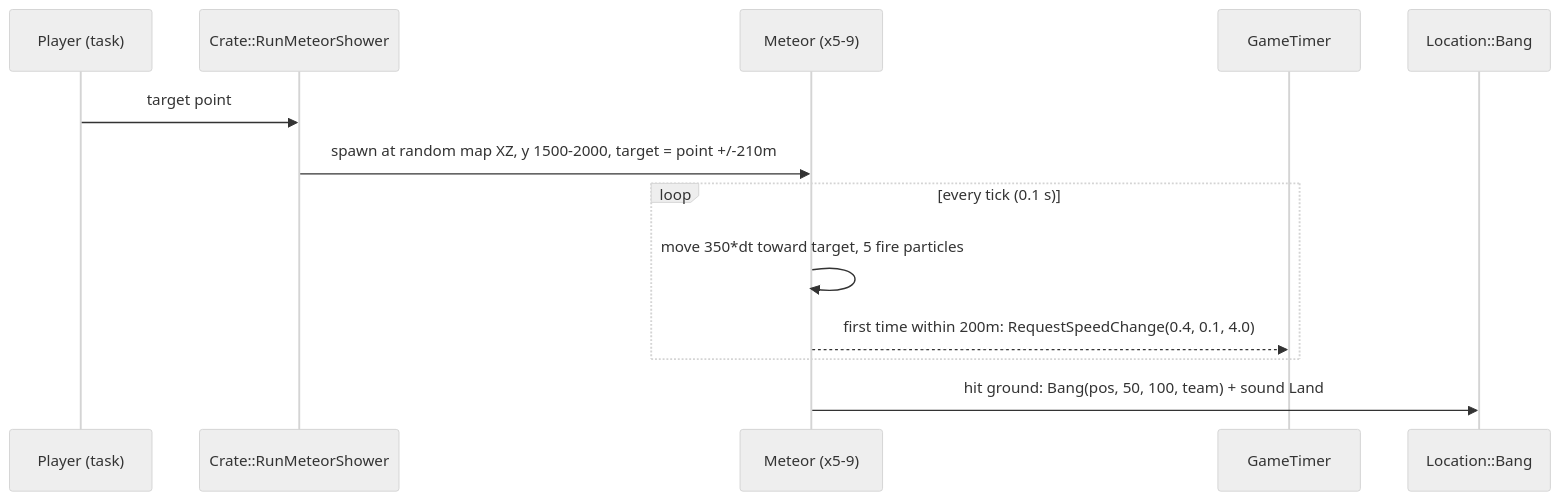
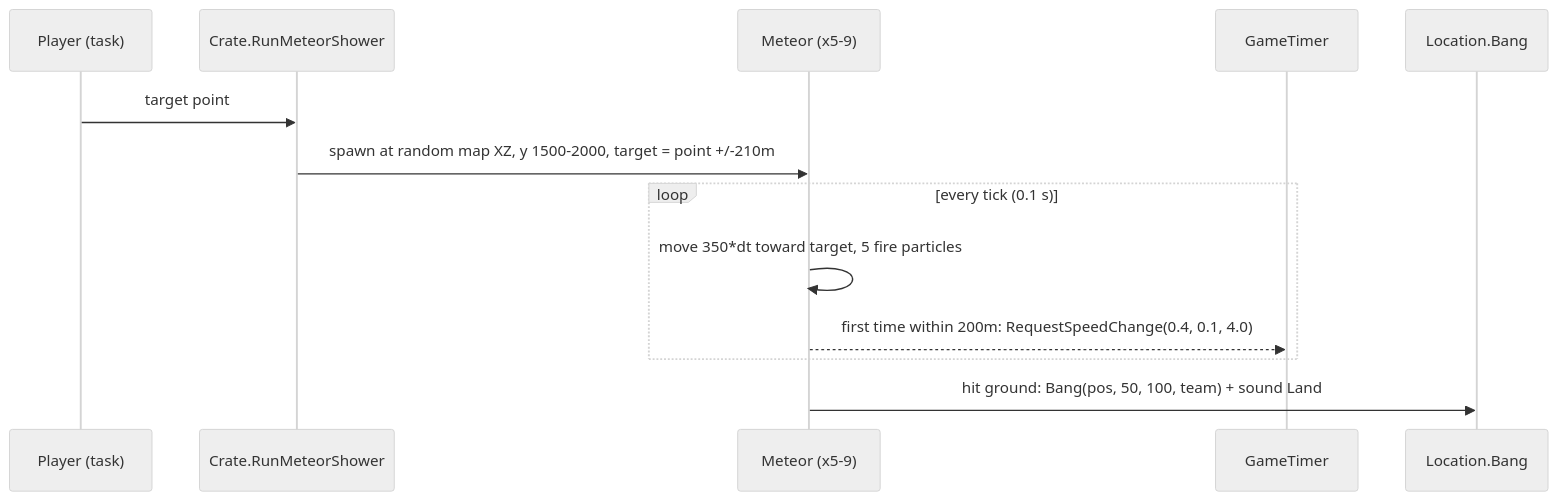
One commit to Zwaliebaba/Species.AI changed the ninth of 11 diagrams in design/_work/drafts/P05_entities_creatures.md. Above: the diagram before and after it, drawn with Mermaid (neutral theme). The commit also changed other lines of this file and 9 other files, not shown here.

````diff
--- a/design/_work/drafts/P05_entities_creatures.md
+++ b/design/_work/drafts/P05_entities_creatures.md
@@ -568,15 +568,15 @@
 ```mermaid
 sequenceDiagram
     participant P as Player (task)
-    participant C as Crate::RunMeteorShower
+    participant C as Crate.RunMeteorShower
     participant M as Meteor (x5-9)
     participant T as GameTimer
-    participant L as Location::Bang
+    participant L as Location.Bang
     P->>C: target point
     C->>M: spawn at random map XZ, y 1500-2000, target = point +/-210m
     loop every tick (0.1 s)
         M->>M: move 350*dt toward target, 5 fire particles
         M-->>T: first time within 200m: RequestSpeedChange(0.4, 0.1, 4.0)
     end
     M->>L: hit ground: Bang(pos, 50, 100, team) + sound Land
 ```
````
